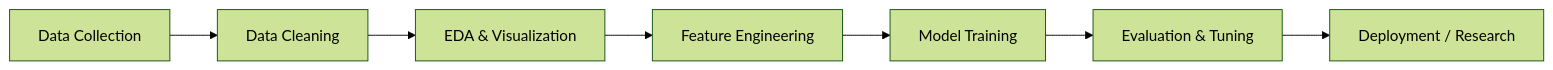
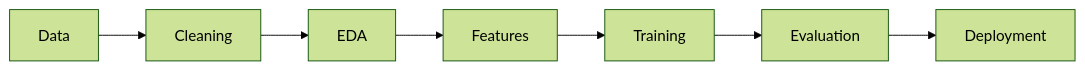
Before and after one commit to Bishwaprotapi/Bishwaprotapi: the diagram in README.md, drawn with Mermaid (forest theme). The commit also changed other lines of this file, not shown here.

````diff
--- a/README.md
+++ b/README.md
@@ -36,9 +32,9 @@
 ```mermaid
 flowchart LR
-A[Data Collection] --> B[Data Cleaning]
-B --> C[EDA & Visualization]
-C --> D[Feature Engineering]
-D --> E[Model Training]
-E --> F[Evaluation & Tuning]
-F --> G[Deployment / Research]
+A[Data] --> B[Cleaning]
+B --> C[EDA]
+C --> D[Features]
+D --> E[Training]
+E --> F[Evaluation]
+F --> G[Deployment]
 ```
````
